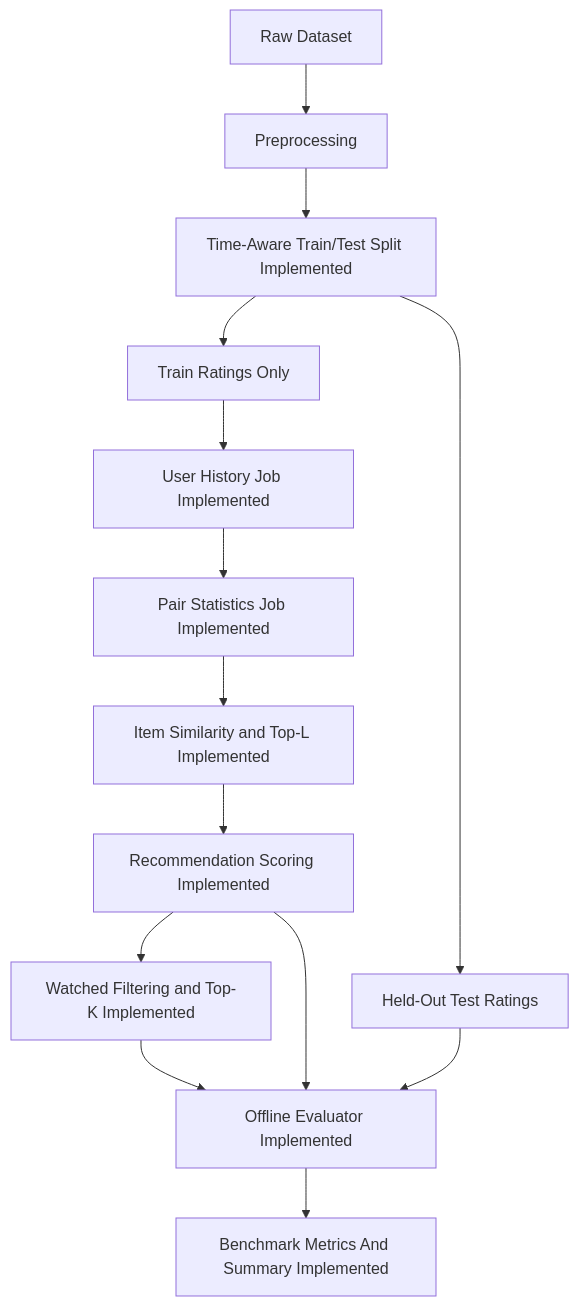
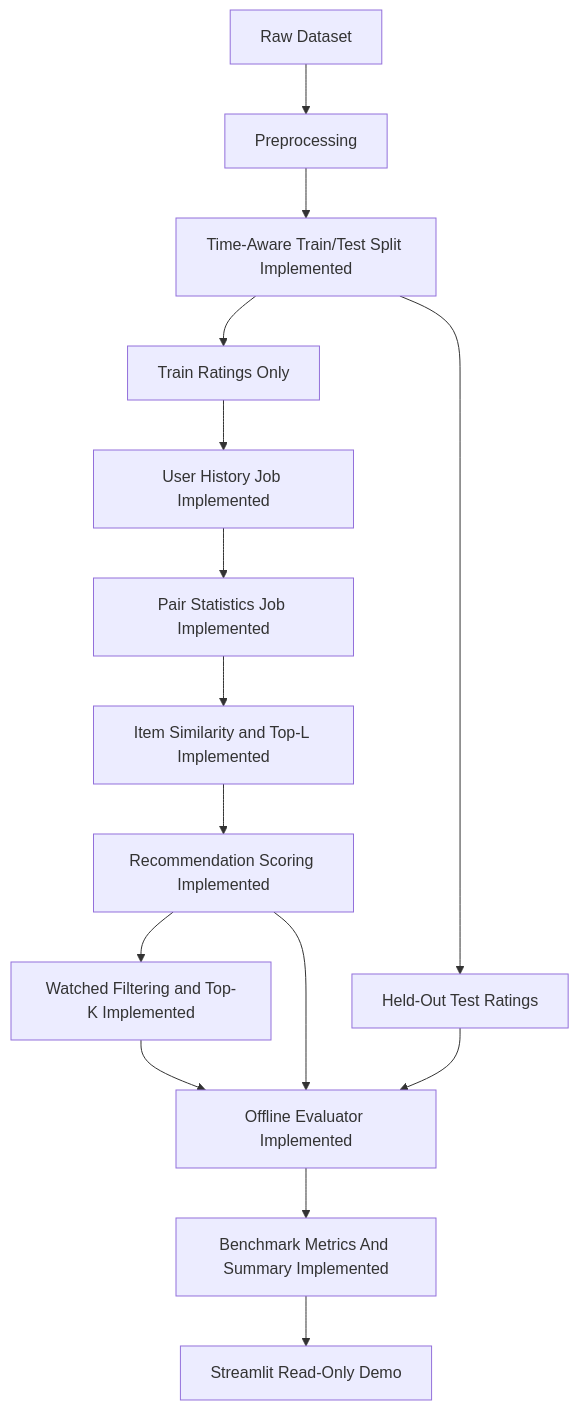
Before and after one commit to hieulenho/movie-recommender-hadoop: the diagram in docs/architecture.md, drawn with Mermaid. The commit also changed other lines of this file and 25 other files, not shown here.

Commit message:
feat: add Streamlit offline recommendation demo

````diff
--- a/docs/architecture.md
+++ b/docs/architecture.md
@@ -19,16 +19,17 @@
 ```mermaid
 flowchart TD
     A[Raw Dataset] --> B[Preprocessing]
     B --> C[Time-Aware Train/Test Split Implemented]
     C --> D[Train Ratings Only]
     C --> T[Held-Out Test Ratings]
     D --> E[User History Job Implemented]
     E --> F[Pair Statistics Job Implemented]
     F --> G[Item Similarity and Top-L Implemented]
     G --> H[Recommendation Scoring Implemented]
     H --> I[Watched Filtering and Top-K Implemented]
     I --> J[Offline Evaluator Implemented]
     H --> J
     T --> J
     J --> K[Benchmark Metrics And Summary Implemented]
+    K --> L[Streamlit Read-Only Demo]
 ```
````
